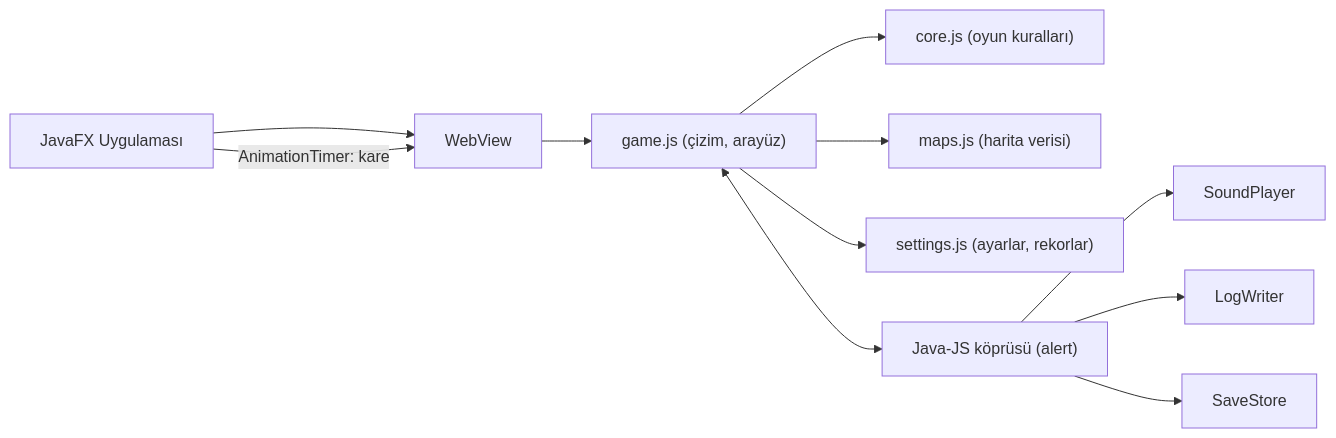
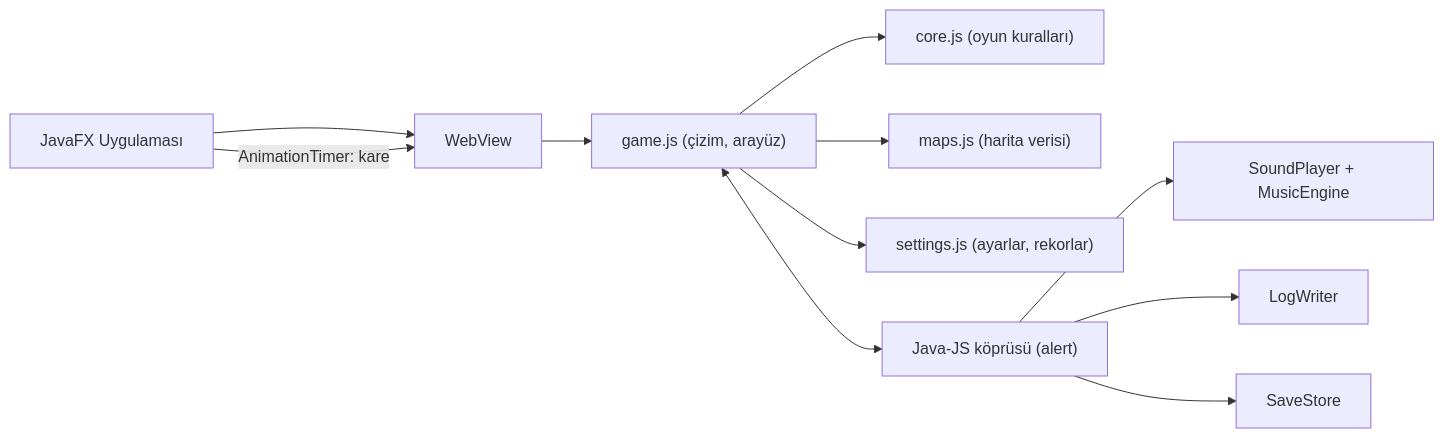
The diagram in README.md (CaptainGM/su-alti-savunma-fx), drawn with Mermaid before and after one commit. The commit also changed other lines of this file and 5 other files, not shown here.

````diff
--- a/README.md
+++ b/README.md
@@ -98,13 +129,13 @@
 ```mermaid
 flowchart LR
     APP[JavaFX Uygulaması] --> WV[WebView]
     APP -- "AnimationTimer: kare" --> WV
     WV --> UI["game.js (çizim, arayüz)"]
     UI --> CORE["core.js (oyun kuralları)"]
     UI --> MAPS["maps.js (harita verisi)"]
     UI --> SET["settings.js (ayarlar, rekorlar)"]
     UI <--> BR["Java-JS köprüsü (alert)"]
-    BR --> SND[SoundPlayer]
+    BR --> SND[SoundPlayer + MusicEngine]
     BR --> LOG[LogWriter]
     BR --> SAVE[SaveStore]
 ```
````
